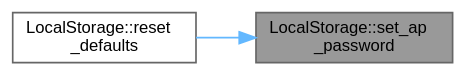
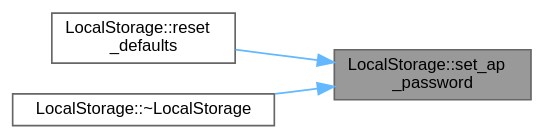
One commit to Safecast/bGeigieZen changed the diagram in designs/graphs/docbook/class_local_storage_a22ccb69bc387bdfeea837a8f5f1456e1_icgraph.dot. Above: the diagram before and after it, drawn with Graphviz. The commit also changed 5301 other files, not shown here.

```diff
--- a/designs/graphs/docbook/class_local_storage_a22ccb69bc387bdfeea837a8f5f1456e1_icgraph.dot
+++ b/designs/graphs/docbook/class_local_storage_a22ccb69bc387bdfeea837a8f5f1456e1_icgraph.dot
@@ -1,11 +1,13 @@
 digraph "LocalStorage::set_ap_password"
 {
  // LATEX_PDF_SIZE
   bgcolor="transparent";
   edge [fontname=Helvetica,fontsize=10,labelfontname=Helvetica,labelfontsize=10];
   node [fontname=Helvetica,fontsize=10,shape=box,height=0.2,width=0.4];
   rankdir="RL";
   Node1 [id="Node000001",label="LocalStorage::set_ap\l_password",height=0.2,width=0.4,color="gray40", fillcolor="grey60", style="filled", fontcolor="black",tooltip=" "];
-  Node1 -> Node2 [id="edge2_Node000001_Node000002",dir="back",color="steelblue1",style="solid",tooltip=" "];
+  Node1 -> Node2 [id="edge3_Node000001_Node000002",dir="back",color="steelblue1",style="solid",tooltip=" "];
   Node2 [id="Node000002",label="LocalStorage::reset\l_defaults",height=0.2,width=0.4,color="grey40", fillcolor="white", style="filled",URL="$class_local_storage.html#a809d095a05789828cc50ee1a4d575844",tooltip=" "];
+  Node1 -> Node3 [id="edge4_Node000001_Node000003",dir="back",color="steelblue1",style="solid",tooltip=" "];
+  Node3 [id="Node000003",label="LocalStorage::~LocalStorage",height=0.2,width=0.4,color="grey40", fillcolor="white", style="filled",URL="$class_local_storage.html#a25de978ca30dc1686f928e34772c072a",tooltip=" "];
 }
```
